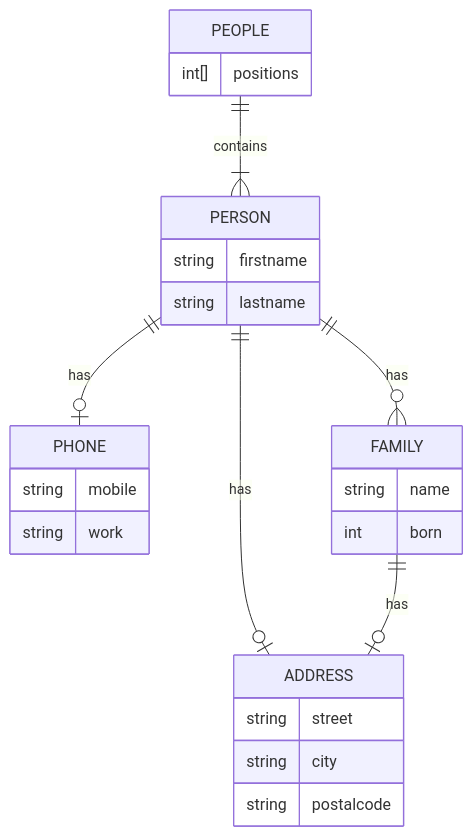
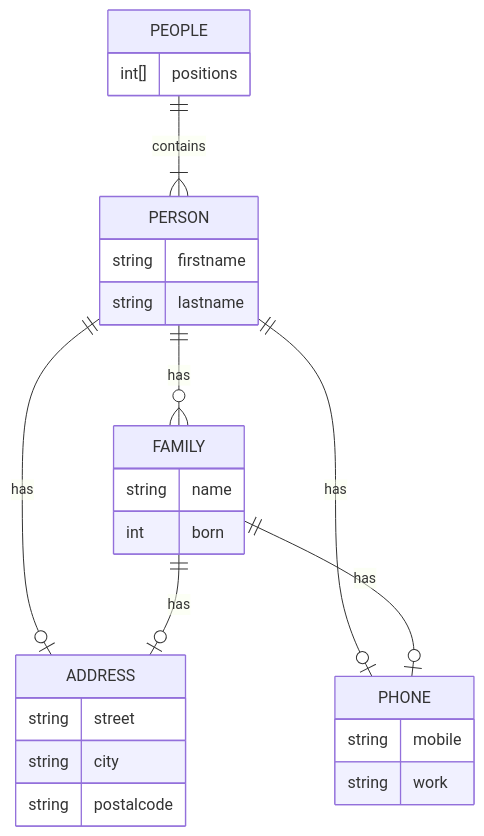
The diagram in ReadMe.md (OllCyl/flatFileToXml), drawn with Mermaid before and after one commit. The commit also changed other lines of this file and 3 other files, not shown here.

First line of the commit message:
Convert flat-file records to XML with family phone support

````diff
--- a/ReadMe.md
+++ b/ReadMe.md
@@ -18,36 +19,37 @@
 ``` mermaid
 erDiagram
     PEOPLE ||--|{ PERSON : contains
 
     PERSON ||--o| ADDRESS : has
     PERSON ||--o| PHONE : has
     PERSON ||--o{ FAMILY : has
 
     FAMILY ||--o| ADDRESS : has
+    FAMILY ||--o| PHONE : has
 
     PEOPLE {
         int[] positions
     }
 
     PERSON {
         string firstname
         string lastname
     }
 
     ADDRESS {
         string street
         string city
         string postalcode
     }
 
     PHONE {
         string mobile
         string work
     }
 
     FAMILY {
         string name
         int born
     }
 
 ```
````
